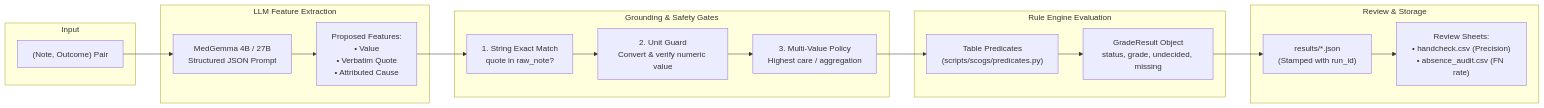
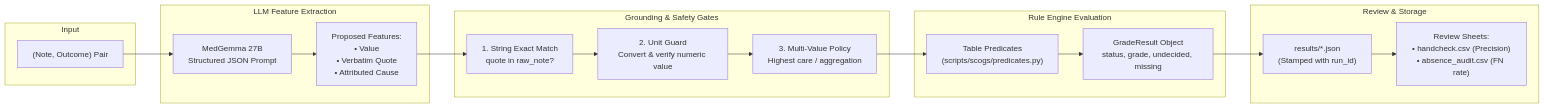
The third of 4 diagrams in visualize.md (stjude-biohackathon/KIDS26-Team16), drawn with Mermaid before and after one commit. The commit also changed other lines of this file and 3 other files, not shown here.

````diff
--- a/visualize.md
+++ b/visualize.md
@@ -157,35 +159,35 @@
 ```mermaid
 flowchart LR
     subgraph IN ["Input"]
         Pair["(Note, Outcome) Pair"]
     end
 
     subgraph EXTRACT ["LLM Feature Extraction"]
-        LLM["MedGemma 4B / 27B<br/>Structured JSON Prompt"]
+        LLM["MedGemma 27B<br/>Structured JSON Prompt"]
         JSONOutput["Proposed Features:<br/>• Value<br/>• Verbatim Quote<br/>• Attributed Cause"]
         LLM --> JSONOutput
     end
 
     subgraph VERIFY ["Grounding & Safety Gates"]
         V1["1. String Exact Match<br/>quote in raw_note?"]
         V2["2. Unit Guard<br/>Convert & verify numeric value"]
         V3["3. Multi-Value Policy<br/>Highest care / aggregation"]
         V1 --> V2 --> V3
     end
 
     subgraph EVAL ["Rule Engine Evaluation"]
         EvalCore["Table Predicates<br/>(scripts/scogs/predicates.py)"]
         Result["GradeResult Object<br/>status, grade, undecided, missing"]
         EvalCore --> Result
     end
 
     subgraph OUT ["Review & Storage"]
         JSONLog["results/*.json<br/>(Stamped with run_id)"]
         Sheets["Review Sheets:<br/>• handcheck.csv (Precision)<br/>• absence_audit.csv (FN rate)"]
     end
 
     Pair --> LLM
     JSONOutput --> V1
     V3 --> EvalCore
     Result --> JSONLog --> Sheets
 ```
````
